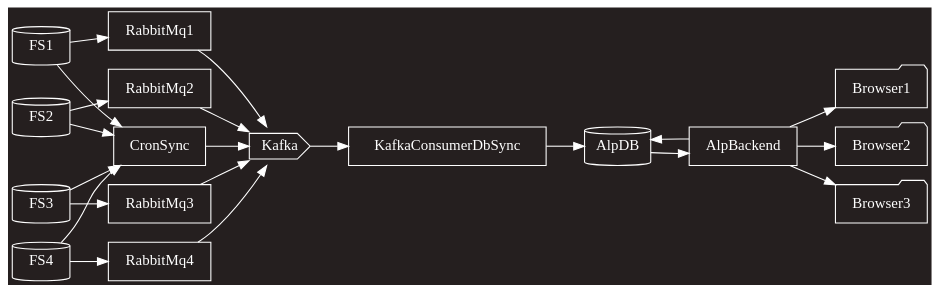
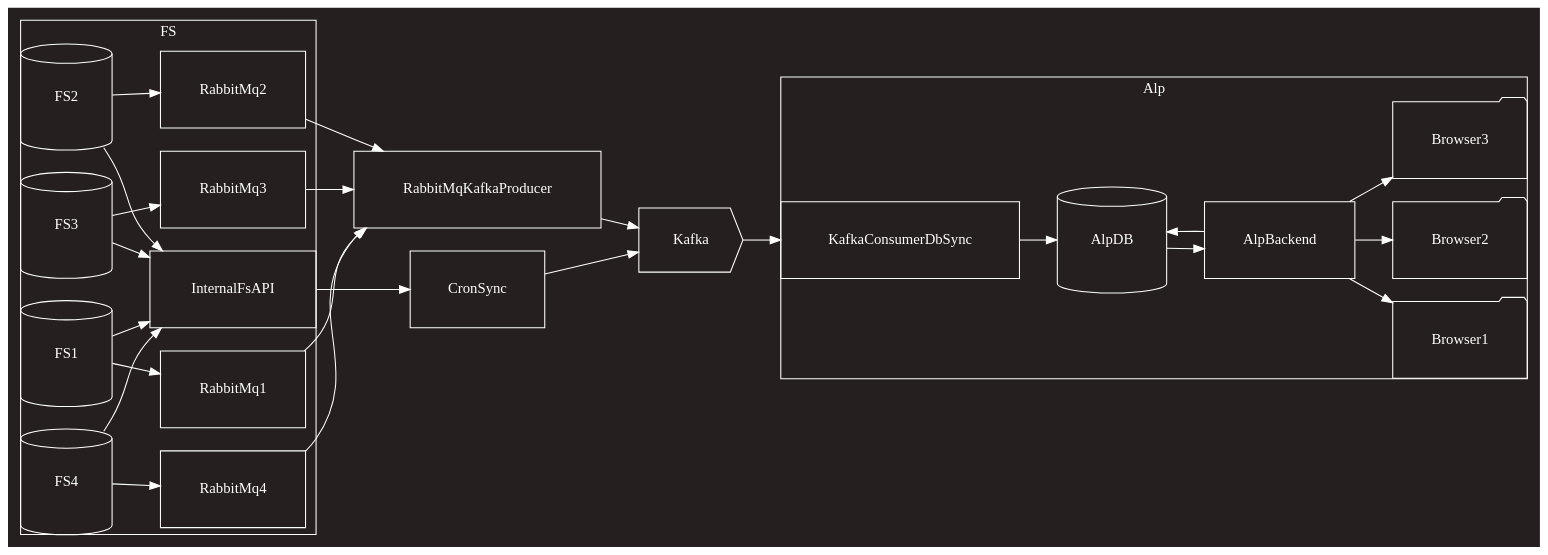
The diagram in src/test.dot (theknarf-experiments/arkitektur-skisse), drawn with Graphviz before and after one commit.

Commit message:
Updated arkitektur diagram

```diff
--- a/src/test.dot
+++ b/src/test.dot
@@ -1,26 +1,42 @@
 digraph D {
 	// https://www.graphviz.org/doc/info/shapes.html
 	rankdir=LR;
 
-	graph [bgcolor="#251F1F", margin=0.5];
+	graph [bgcolor="#251F1F", margin=0.5, nodesep=0.3, ranksep=0.5];
 	edge  [color=white, fontcolor=white];
-	node  [color=white, fontcolor=white, shape=box];
+	node  [color=white, fontcolor=white, shape=box, margin=0.4];
 
 	FS1, FS2, FS3, FS4 [shape=cylinder];
 	AlpDB [shape=cylinder];
 	Kafka [shape=cds];
 	Browser1, Browser2, Browser3 [shape=folder];
 
-	FS1 -> RabbitMq1;
-	FS2 -> RabbitMq2;
-	FS3 -> RabbitMq3;
-	FS4 -> RabbitMq4;
+	subgraph cluster_1 {
+		label="FS";
+		color=white;
+		fontcolor=white;
 
-	RabbitMq1, RabbitMq2, RabbitMq3, RabbitMq4 -> Kafka
+		FS1 -> RabbitMq1;
+		FS2 -> RabbitMq2;
+		FS3 -> RabbitMq3;
+		FS4 -> RabbitMq4;
 
-	FS1, FS2, FS3, FS4 -> CronSync -> Kafka;
+		FS1, FS2, FS3, FS4 -> InternalFsAPI
+	}
 
-	Kafka -> KafkaConsumerDbSync -> AlpDB;
-	AlpDB -> AlpBackend -> AlpDB;
-	AlpBackend -> Browser1, Browser2, Browser3;
+	RabbitMq1, RabbitMq2, RabbitMq3, RabbitMq4 -> RabbitMqKafkaProducer
+	InternalFsAPI -> CronSync;
+	
+	RabbitMqKafkaProducer -> Kafka
+	CronSync -> Kafka -> KafkaConsumerDbSync;
+
+	subgraph cluster_2 {
+		label="Alp";
+		color=white;
+		fontcolor=white;
+
+		KafkaConsumerDbSync -> AlpDB;
+		AlpDB -> AlpBackend -> AlpDB;
+		AlpBackend -> Browser1, Browser2, Browser3;
+	}
 }
```
